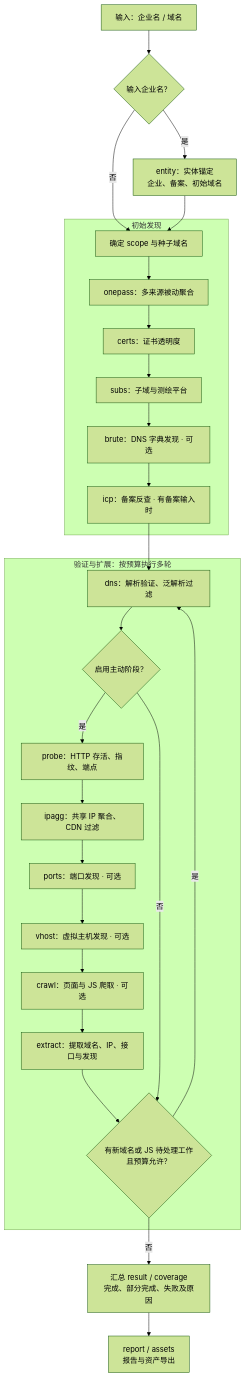
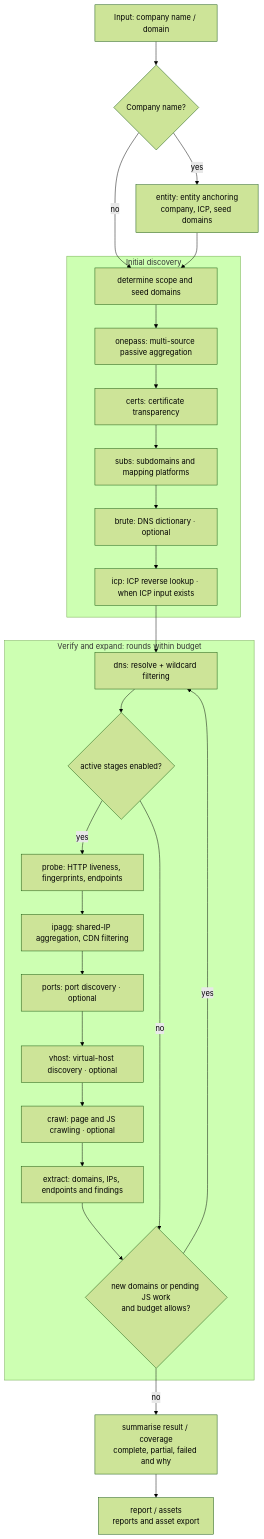
The first of 2 diagrams in README.md (TulipFleur/findinfo), drawn with Mermaid (forest theme) before and after one commit. The commit also changed other lines of this file and 20 other files, not shown here.

````diff
--- a/README.md
+++ b/README.md
@@ -13,33 +13,33 @@
 ```mermaid
 flowchart TD
-    A["输入：企业名 / 域名"] --> B{"输入企业名？"}
-    B -->|是| C["entity：实体锚定<br/>企业、备案、初始域名"]
-    B -->|否| D["确定 scope 与种子域名"]
+    A["Input: company name / domain"] --> B{"Company name?"}
+    B -->|yes| C["entity: entity anchoring<br/>company, ICP, seed domains"]
+    B -->|no| D["determine scope and seed domains"]
     C --> D
 
-    subgraph Discover["初始发现"]
-        D --> E["onepass：多来源被动聚合"]
-        E --> F["certs：证书透明度"]
-        F --> G["subs：子域与测绘平台"]
-        G --> H["brute：DNS 字典发现 · 可选"]
-        H --> I["icp：备案反查 · 有备案输入时"]
+    subgraph Discover["Initial discovery"]
+        D --> E["onepass: multi-source passive aggregation"]
+        E --> F["certs: certificate transparency"]
+        F --> G["subs: subdomains and mapping platforms"]
+        G --> H["brute: DNS dictionary · optional"]
+        H --> I["icp: ICP reverse lookup · when ICP input exists"]
     end
 
     I --> J
 
-    subgraph Round["验证与扩展：按预算执行多轮"]
-        J["dns：解析验证、泛解析过滤"] --> K{"启用主动阶段？"}
-        K -->|是| L["probe：HTTP 存活、指纹、端点"]
-        L --> M["ipagg：共享 IP 聚合、CDN 过滤"]
-        M --> N["ports：端口发现 · 可选"]
-        N --> O["vhost：虚拟主机发现 · 可选"]
-        O --> P["crawl：页面与 JS 爬取 · 可选"]
-        P --> Q["extract：提取域名、IP、接口与发现"]
-        Q --> R{"有新域名或 JS 待处理工作<br/>且预算允许？"}
-        K -->|否| R
-        R -->|是| J
+    subgraph Round["Verify and expand: rounds within budget"]
+        J["dns: resolve + wildcard filtering"] --> K{"active stages enabled?"}
+        K -->|yes| L["probe: HTTP liveness, fingerprints, endpoints"]
+        L --> M["ipagg: shared-IP aggregation, CDN filtering"]
+        M --> N["ports: port discovery · optional"]
+        N --> O["vhost: virtual-host discovery · optional"]
+        O --> P["crawl: page and JS crawling · optional"]
+        P --> Q["extract: domains, IPs, endpoints and findings"]
+        Q --> R{"new domains or pending JS work<br/>and budget allows?"}
+        K -->|no| R
+        R -->|yes| J
     end
 
-    R -->|否| S["汇总 result / coverage<br/>完成、部分完成、失败及原因"]
-    S --> T["report / assets<br/>报告与资产导出"]
+    R -->|no| S["summarise result / coverage<br/>complete, partial, failed and why"]
+    S --> T["report / assets<br/>reports and asset export"]
 ```
````
